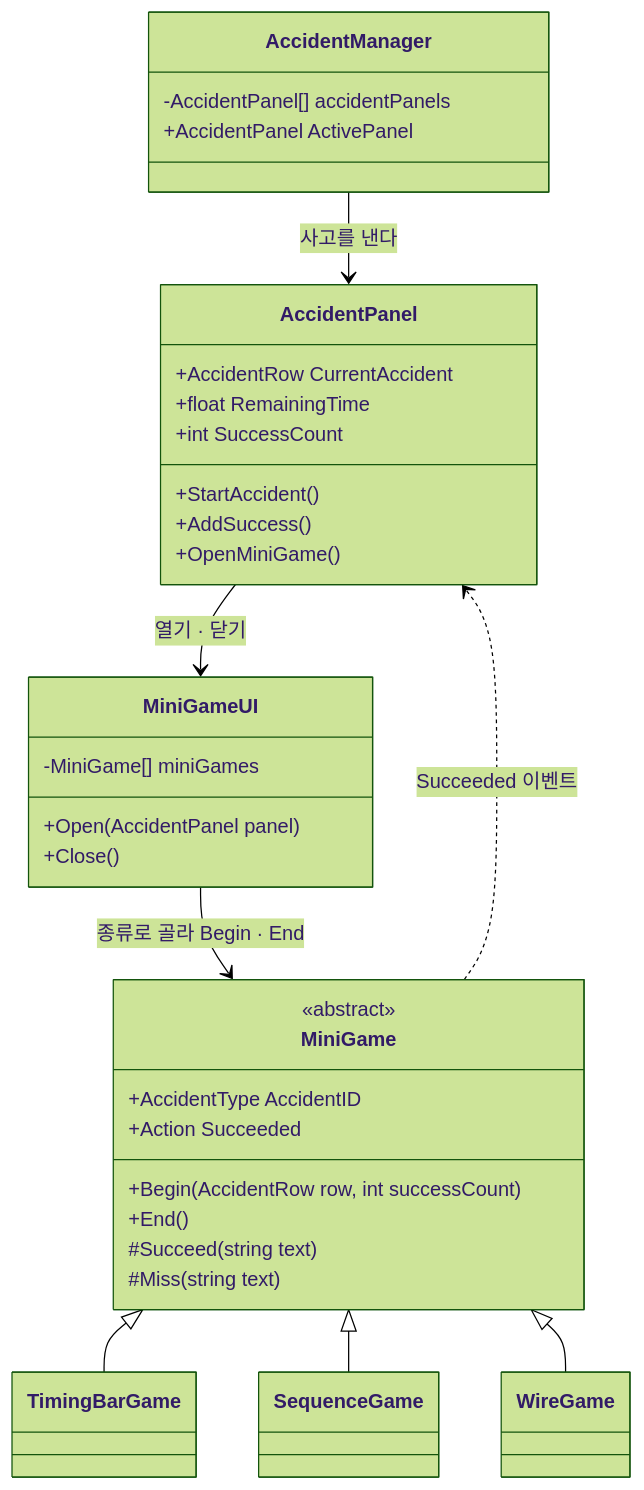
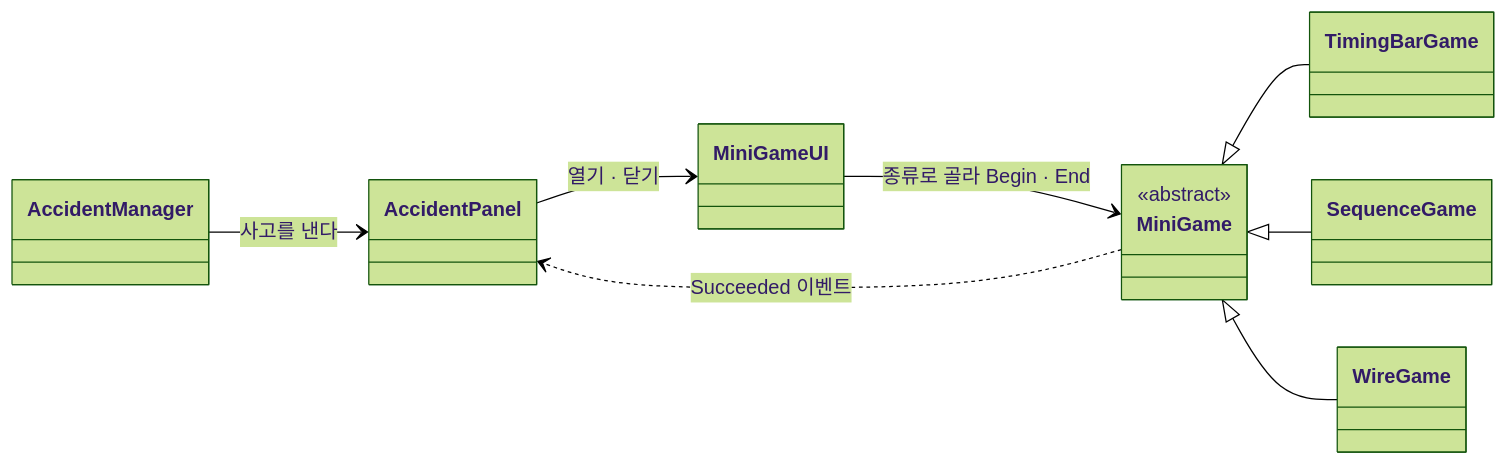
The seventh of 8 diagrams in src/OverFixed/OverFixed_기술문서.md (rlawlsdn77/portfolio), drawn with Mermaid (forest theme) before and after one commit. The commit also changed other lines of this file and 4 other files, not shown here.

````diff
--- a/src/OverFixed/OverFixed_기술문서.md
+++ b/src/OverFixed/OverFixed_기술문서.md
@@ -765,39 +711,20 @@
 ```mermaid
 classDiagram
-    class AccidentManager {
-        -AccidentPanel[] accidentPanels
-        +AccidentPanel ActivePanel
-    }
-    class AccidentPanel {
-        +AccidentRow CurrentAccident
-        +float RemainingTime
-        +int SuccessCount
-        +StartAccident()
-        +AddSuccess()
-        +OpenMiniGame()
-    }
-    class MiniGameUI {
-        -MiniGame[] miniGames
-        +Open(AccidentPanel panel)
-        +Close()
-    }
+    direction LR
+    class AccidentManager
+    class AccidentPanel
+    class MiniGameUI
     class MiniGame {
         <<abstract>>
-        +AccidentType AccidentID
-        +Action Succeeded
-        +Begin(AccidentRow row, int successCount)
-        +End()
-        #Succeed(string text)
-        #Miss(string text)
     }
     class TimingBarGame
     class SequenceGame
     class WireGame
     AccidentManager --> AccidentPanel : 사고를 낸다
     AccidentPanel --> MiniGameUI : 열기 · 닫기
     MiniGameUI --> MiniGame : 종류로 골라 Begin · End
     MiniGame ..> AccidentPanel : Succeeded 이벤트
     MiniGame <|-- TimingBarGame
     MiniGame <|-- SequenceGame
     MiniGame <|-- WireGame
 ```
````
